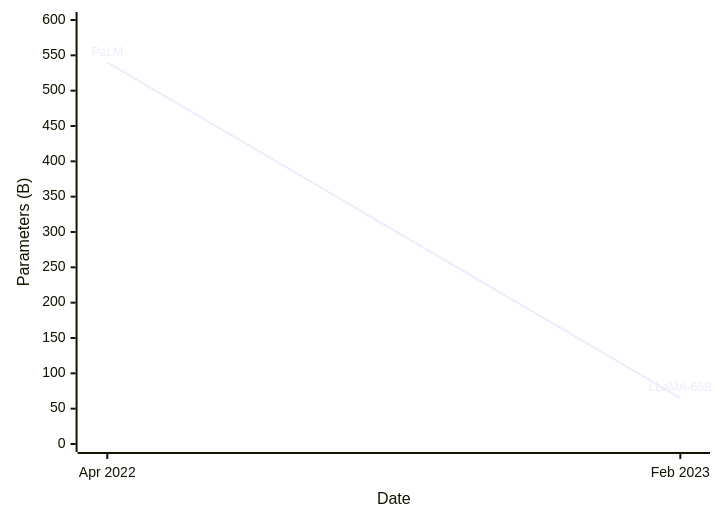
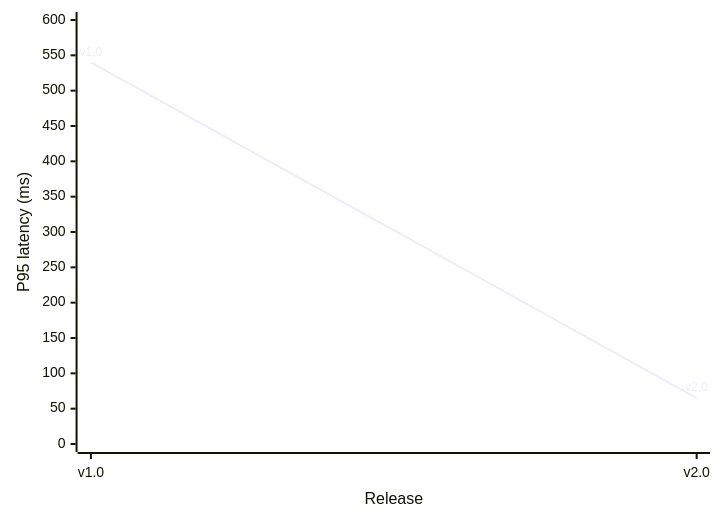
One commit to flatrick/agent-skills changed the second of 2 diagrams in mastery-of-mermaid/references/xy-chart.md. Above: the diagram before and after it, drawn with Mermaid. The commit also changed other lines of this file and 44 other files, not shown here.

First line of the commit message:
docs: retheme mastery-of-mermaid examples to software-dev scenarios

````diff
--- a/mastery-of-mermaid/references/xy-chart.md
+++ b/mastery-of-mermaid/references/xy-chart.md
@@ -33,6 +33,6 @@
 ```mermaid
 xychart
-    x-axis "Date" ["Apr 2022", "Feb 2023"]
-    y-axis "Parameters (B)" 0 --> 600
-    line [540 "PaLM", 65 "LLaMA-65B"]
+    x-axis "Release" ["v1.0", "v2.0"]
+    y-axis "P95 latency (ms)" 0 --> 600
+    line [540 "v1.0", 65 "v2.0"]
 ```
````
